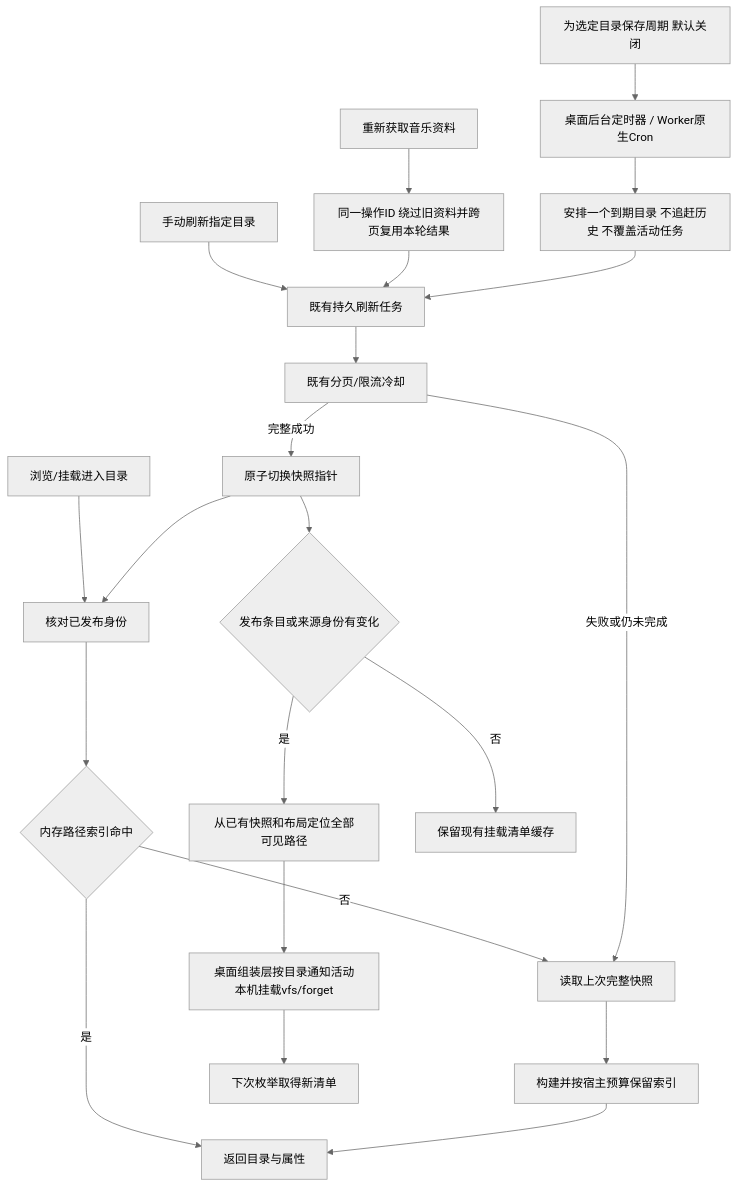
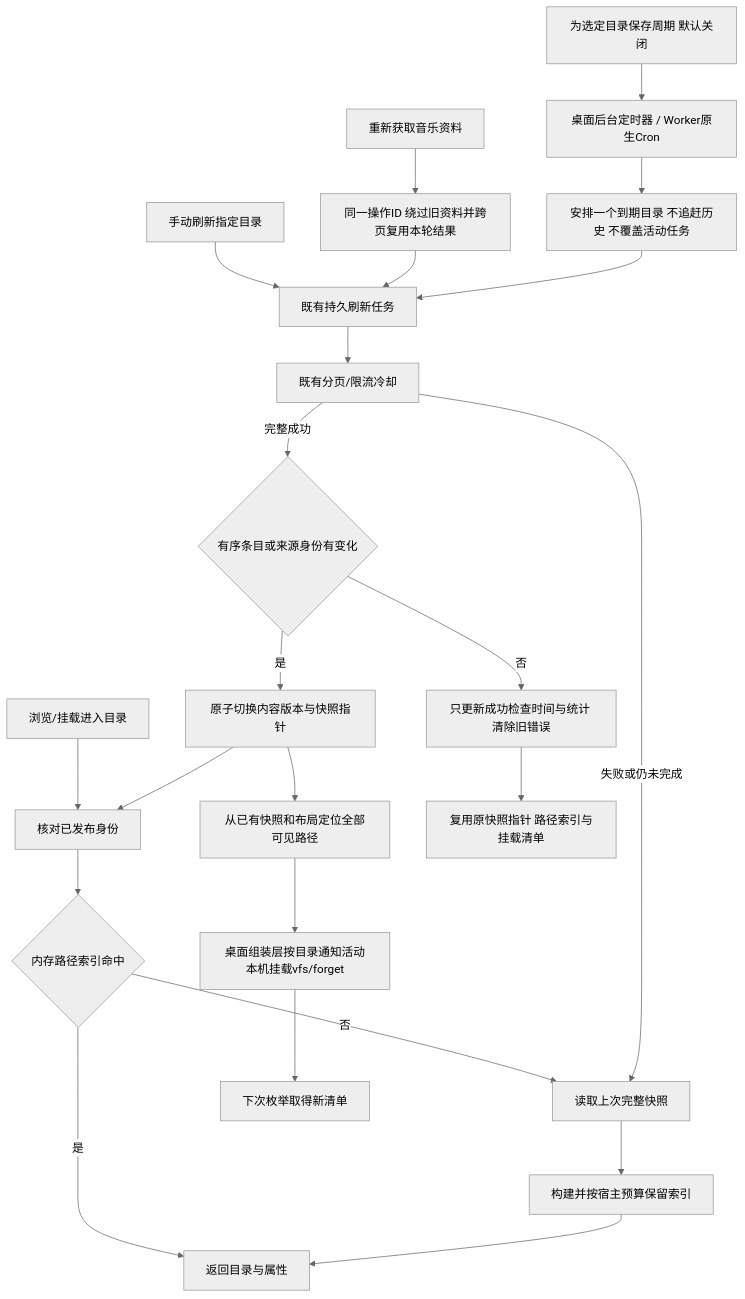
The diagram in docs/architecture/cache-policy.md (shengyusi-SYS/musicfs), drawn with Mermaid (neutral theme) before and after one commit. The commit also changed other lines of this file and 16 other files, not shown here.

````diff
--- a/docs/architecture/cache-policy.md
+++ b/docs/architecture/cache-policy.md
@@ -21,24 +21,25 @@
 ```mermaid
 flowchart TD
   Browse[浏览/挂载进入目录] --> Identity[核对已发布身份]
   Identity --> Index{内存路径索引命中}
   Index -->|是| Names[返回目录与属性]
   Index -->|否| Cached[读取上次完整快照]
   Cached --> Build[构建并按宿主预算保留索引]
   Build --> Names
   Manual[手动刷新指定目录] --> Queue[既有持久刷新任务]
   Metadata[重新获取音乐资料] --> Intent[同一操作ID 绕过旧资料并跨页复用本轮结果]
   Intent --> Queue
   Policy[为选定目录保存周期 默认关闭] --> Timer[桌面后台定时器 / Worker原生Cron]
   Timer --> Due[安排一个到期目录 不追赶历史 不覆盖活动任务]
   Due --> Queue
   Queue --> Pages[既有分页/限流冷却]
   Pages -->|失败或仍未完成| Cached
-  Pages -->|完整成功| Publish[原子切换快照指针]
+  Pages -->|完整成功| Changed{有序条目或来源身份有变化}
+  Changed -->|是| Publish[原子切换内容版本与快照指针]
   Publish --> Identity
-  Publish --> Changed{发布条目或来源身份有变化}
-  Changed -->|是| Paths[从已有快照和布局定位全部可见路径]
+  Publish --> Paths[从已有快照和布局定位全部可见路径]
   Paths --> Local[桌面组装层按目录通知活动本机挂载vfs/forget]
-  Changed -->|否| Retain[保留现有挂载清单缓存]
+  Changed -->|否| Checked[只更新成功检查时间与统计 清除旧错误]
+  Checked --> Retain[复用原快照指针 路径索引与挂载清单]
   Local --> Fresh[下次枚举取得新清单]
 ```
````
